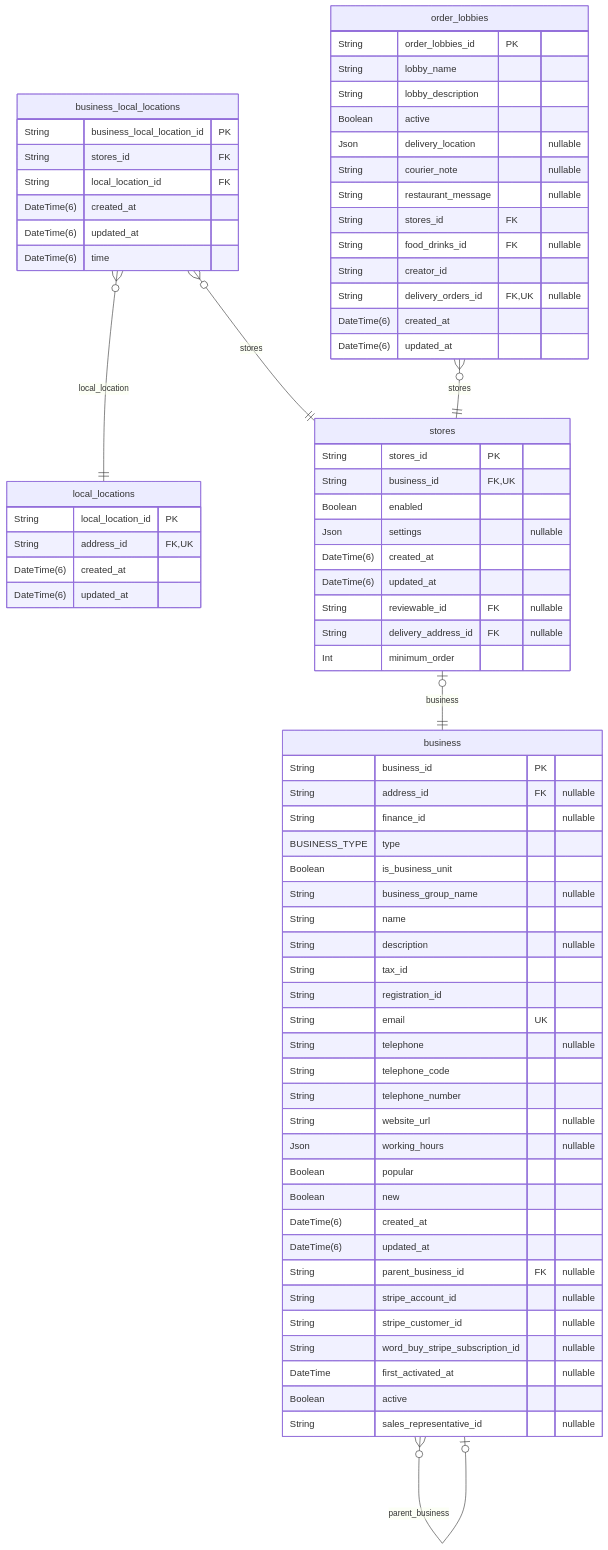
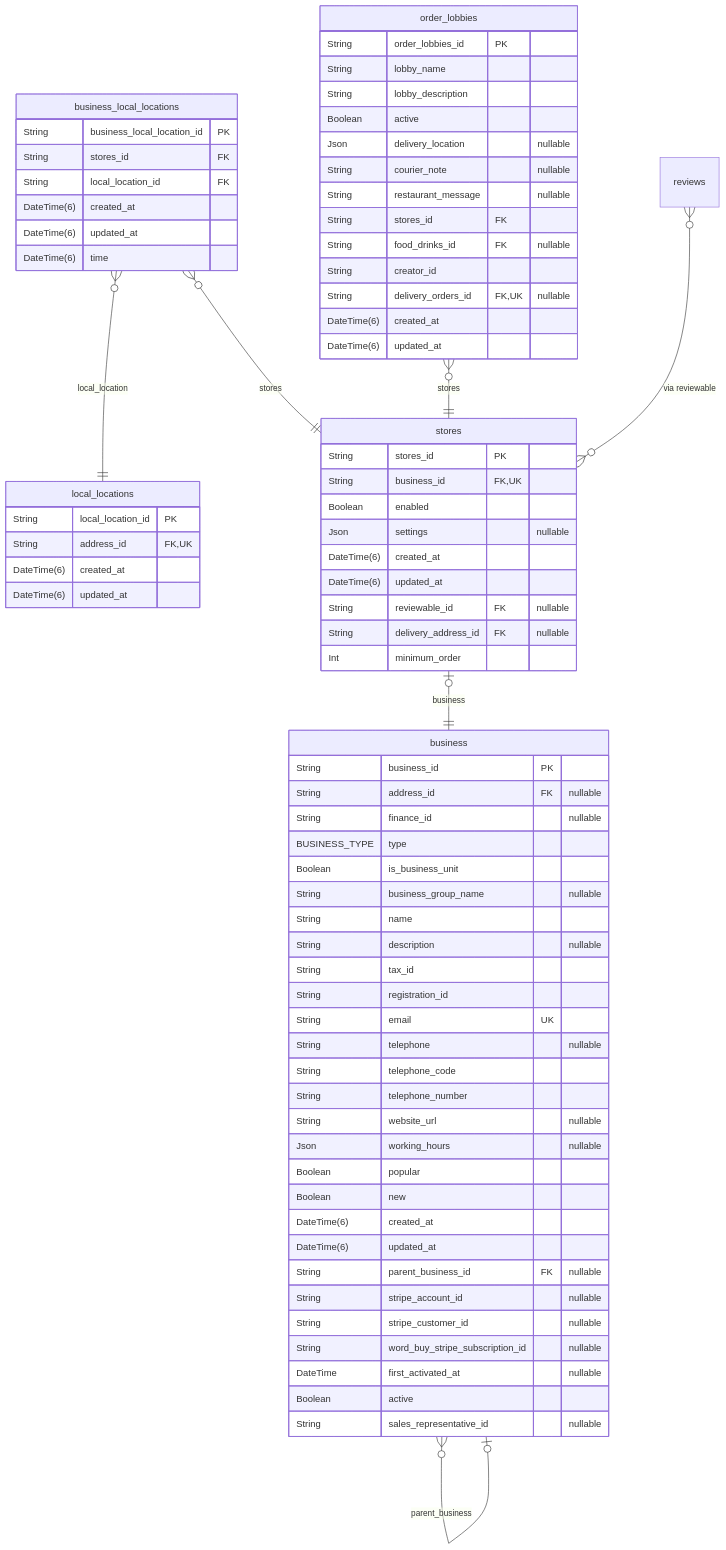
One commit to pbozic/be-analyisis changed diagram 21 of 37 in prisma/schemas/ERD.md. Above: the diagram before and after it, drawn with Mermaid. The commit also changed other lines of this file and 6 other files, not shown here.

Commit message:
feature: update to ERD generation with post-processing function

````diff
--- a/prisma/schemas/ERD.md
+++ b/prisma/schemas/ERD.md
@@ -5044,77 +5341,79 @@
 ```mermaid
 erDiagram
 "business_local_locations" {
   String business_local_location_id PK
   String stores_id FK
   String local_location_id FK
   DateTime(6) created_at
   DateTime(6) updated_at
   DateTime(6) time
 }
 "local_locations" {
   String local_location_id PK
   String address_id FK,UK
   DateTime(6) created_at
   DateTime(6) updated_at
 }
 "order_lobbies" {
   String order_lobbies_id PK
   String lobby_name
   String lobby_description
   Boolean active
   Json delivery_location "nullable"
   String courier_note "nullable"
   String restaurant_message "nullable"
   String stores_id FK
   String food_drinks_id FK "nullable"
   String creator_id
   String delivery_orders_id FK,UK "nullable"
   DateTime(6) created_at
   DateTime(6) updated_at
 }
 "business" {
   String business_id PK
   String address_id FK "nullable"
   String finance_id "nullable"
   BUSINESS_TYPE type
   Boolean is_business_unit
   String business_group_name "nullable"
   String name
   String description "nullable"
   String tax_id
   String registration_id
   String email UK
   String telephone "nullable"
   String telephone_code
   String telephone_number
   String website_url "nullable"
   Json working_hours "nullable"
   Boolean popular
   Boolean new
   DateTime(6) created_at
   DateTime(6) updated_at
   String parent_business_id FK "nullable"
   String stripe_account_id "nullable"
   String stripe_customer_id "nullable"
   String word_buy_stripe_subscription_id "nullable"
   DateTime first_activated_at "nullable"
   Boolean active
   String sales_representative_id "nullable"
 }
 "stores" {
   String stores_id PK
   String business_id FK,UK
   Boolean enabled
   Json settings "nullable"
   DateTime(6) created_at
   DateTime(6) updated_at
   String reviewable_id FK "nullable"
   String delivery_address_id FK "nullable"
   Int minimum_order
 }
 "business_local_locations" }o--|| "local_locations" : local_location
 "business_local_locations" }o--|| "stores" : stores
 "order_lobbies" }o--|| "stores" : stores
 "business" }o--o| "business" : parent_business
 "stores" |o--|| "business" : business
+
+"reviews" }o--o{ "stores" : "via reviewable"
 ```
````
